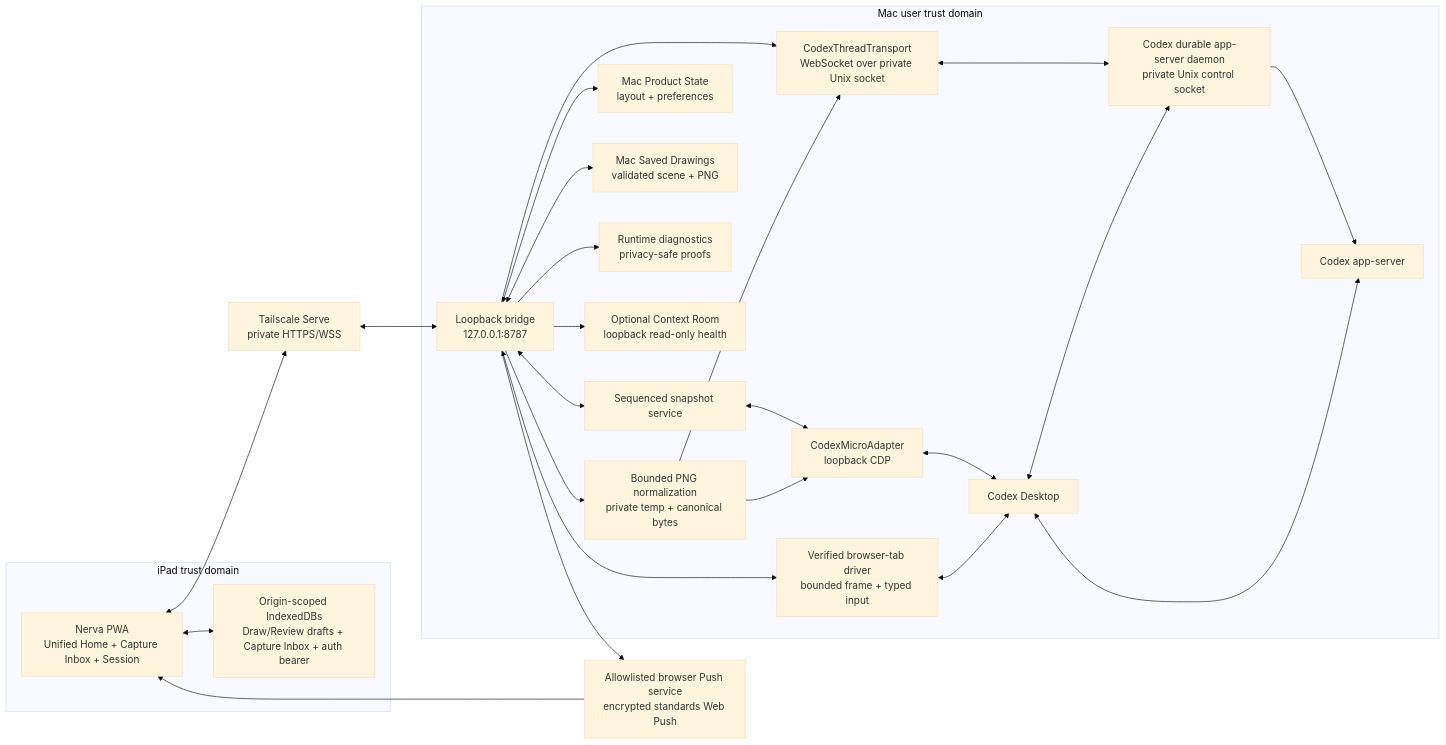
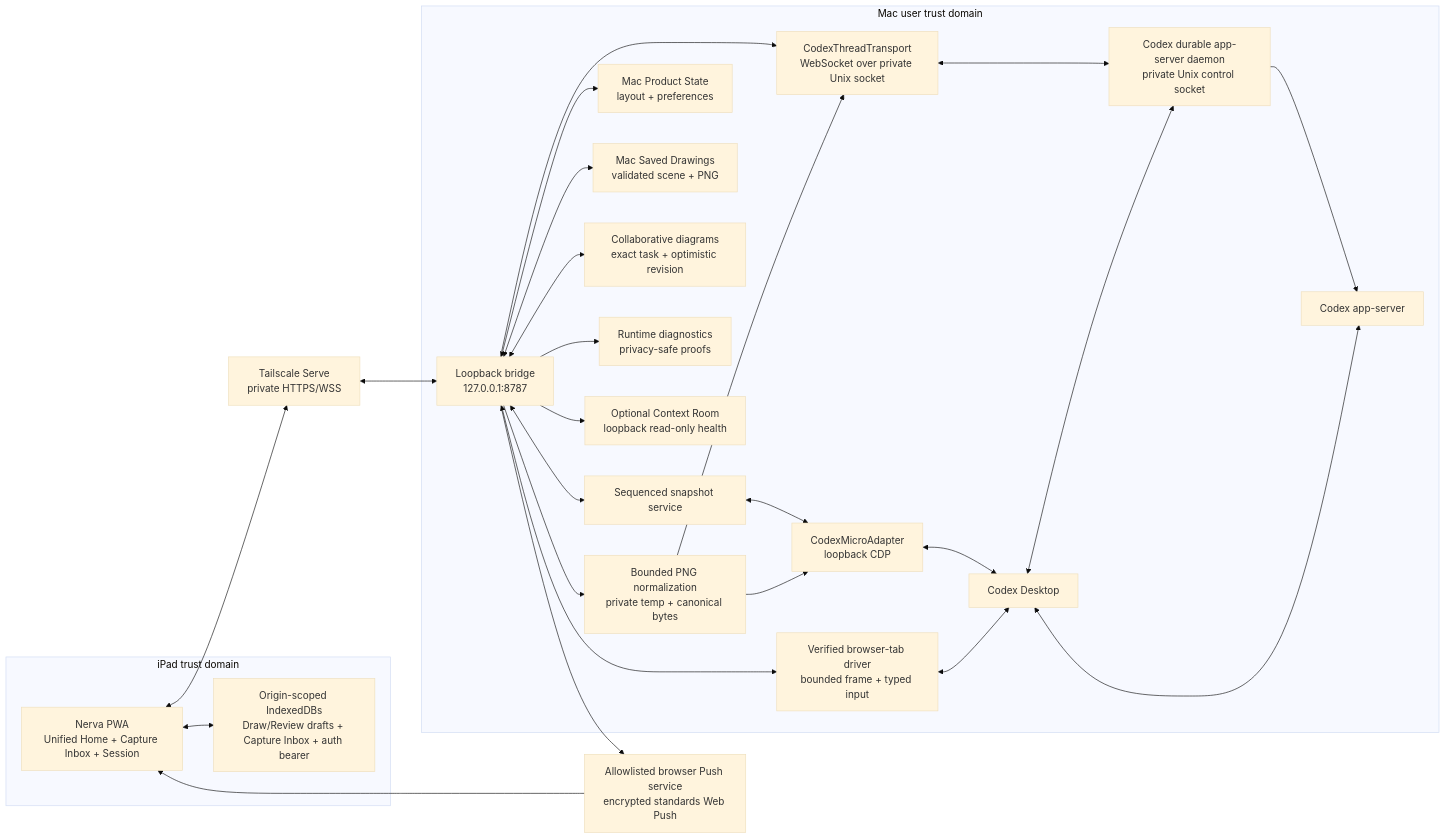
Before and after one commit to blancmathis/nerva: the diagram in docs/ARCHITECTURE.md, drawn with Mermaid (base theme). The commit also changed other lines of this file and 18 other files, not shown here.

````diff
--- a/docs/ARCHITECTURE.md
+++ b/docs/ARCHITECTURE.md
@@ -9,48 +9,50 @@
 ```mermaid
 flowchart LR
   subgraph I["iPad trust domain"]
     PWA["Nerva PWA\nUnified Home + Capture Inbox + Session"]
     IDB["Origin-scoped IndexedDBs\nDraw/Review drafts + Capture Inbox + auth bearer"]
     PWA <--> IDB
   end
 
   TS["Tailscale Serve\nprivate HTTPS/WSS"]
   PUSH["Allowlisted browser Push service\nencrypted standards Web Push"]
 
   subgraph M["Mac user trust domain"]
     API["Loopback bridge\n127.0.0.1:8787"]
     STATE["Sequenced snapshot service"]
     PRODUCT["Mac Product State\nlayout + preferences"]
     SAVED["Mac Saved Drawings\nvalidated scene + PNG"]
+    DIAGRAMS["Collaborative diagrams\nexact task + optimistic revision"]
     RUNTIME["Runtime diagnostics\nprivacy-safe proofs"]
     ROOM["Optional Context Room\nloopback read-only health"]
     MICRO["CodexMicroAdapter\nloopback CDP"]
     SITE["Verified browser-tab driver\nbounded frame + typed input"]
     DAEMON["Codex durable app-server daemon\nprivate Unix control socket"]
     THREAD["CodexThreadTransport\nWebSocket over private Unix socket"]
     TMP["Bounded PNG normalization\nprivate temp + canonical bytes"]
     DESKTOP["Codex Desktop"]
     SERVER["Codex app-server"]
 
     API <--> STATE
     API <--> PRODUCT
     API <--> SAVED
+    API <--> DIAGRAMS
     API --> RUNTIME
     API --> ROOM
     STATE <--> MICRO
     API --> THREAD
     API --> TMP
     API <--> SITE
     TMP --> MICRO
     TMP --> THREAD
     MICRO <--> DESKTOP
     SITE <--> DESKTOP
     THREAD <--> DAEMON
     DESKTOP <--> DAEMON
     DAEMON --> SERVER
     DESKTOP <--> SERVER
   end
 
   PWA <--> TS <--> API
   API --> PUSH --> PWA
 ```
````
